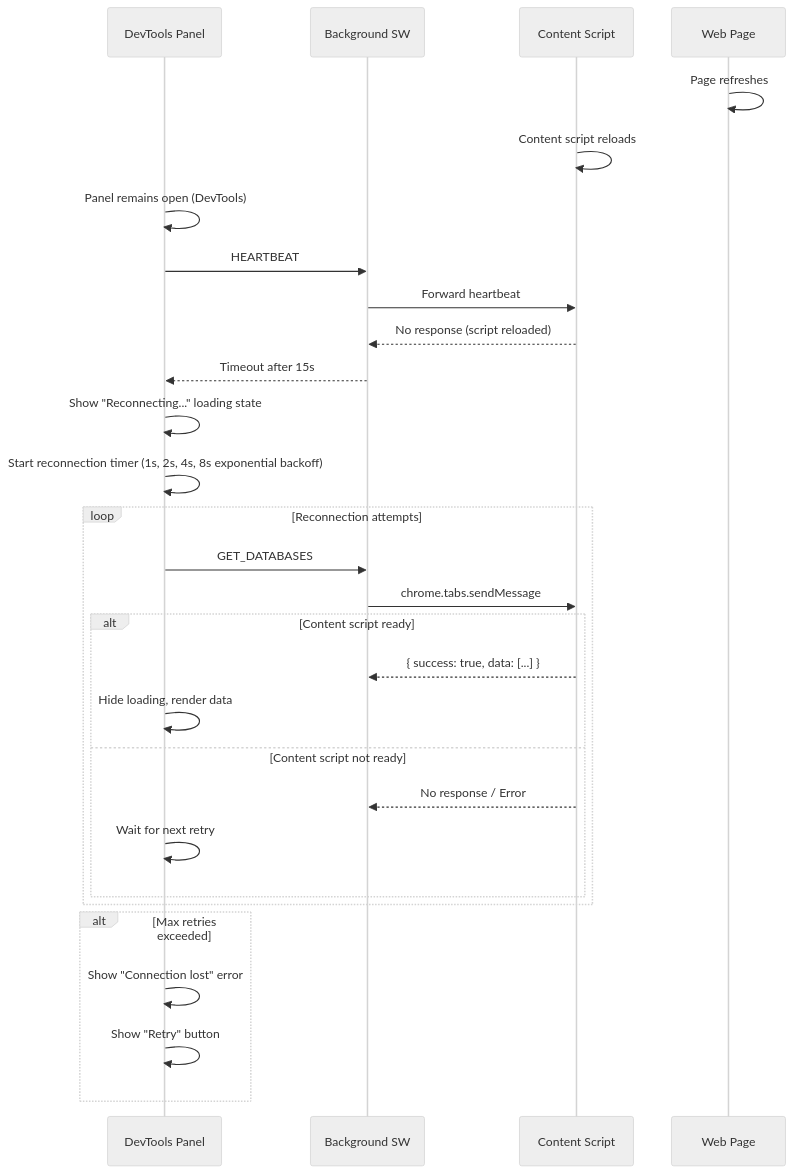
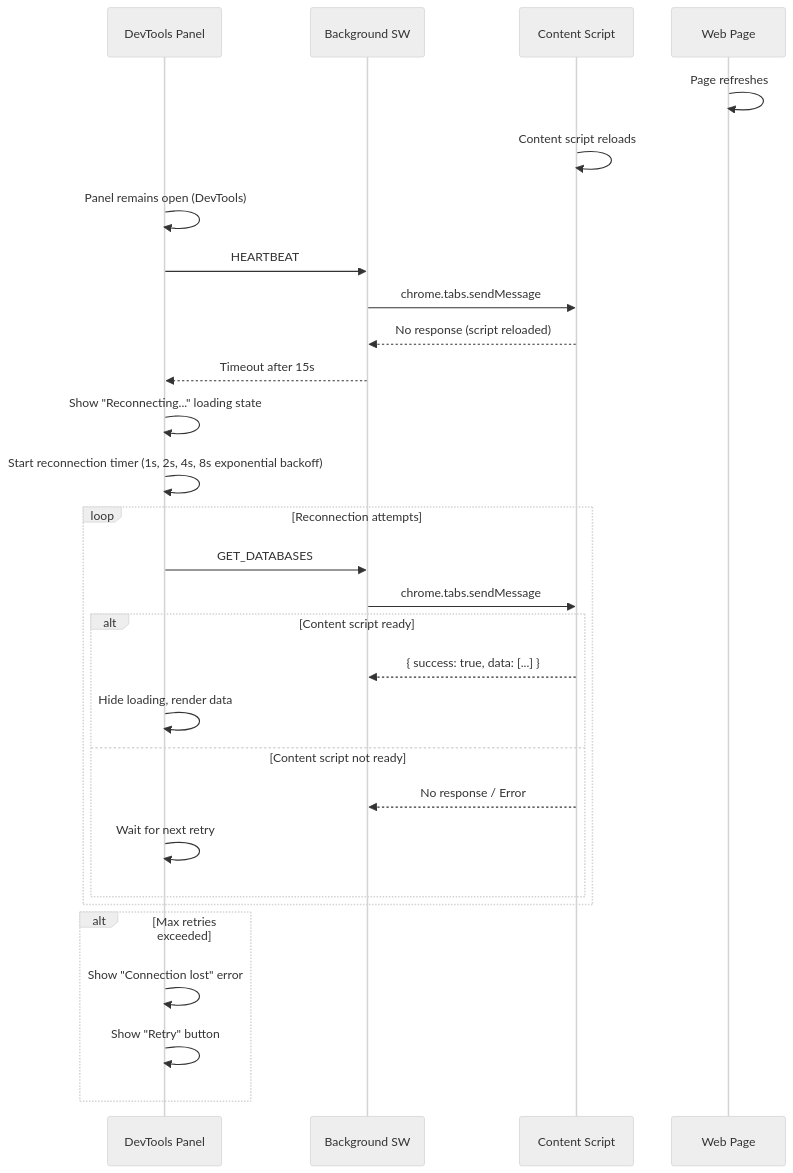
Before and after one commit to wuchuheng/web-sqlite-js-devtools: the seventh of 14 diagrams in agent-docs/03-architecture/02-dataflow.md, drawn with Mermaid (neutral theme). The commit also changed other lines of this file and 18 other files, not shown here.

````diff
--- a/agent-docs/03-architecture/02-dataflow.md
+++ b/agent-docs/03-architecture/02-dataflow.md
@@ -202,36 +232,36 @@
 ```mermaid
 sequenceDiagram
     participant Panel as DevTools Panel
     participant BG as Background SW
     participant CS as Content Script
     participant Page as Web Page
 
     Page->>Page: Page refreshes
     CS->>CS: Content script reloads
     Panel->>Panel: Panel remains open (DevTools)
 
     Panel->>BG: HEARTBEAT
-    BG->>CS: Forward heartbeat
+    BG->>CS: chrome.tabs.sendMessage
     CS-->>BG: No response (script reloaded)
     BG-->>Panel: Timeout after 15s
 
     Panel->>Panel: Show "Reconnecting..." loading state
     Panel->>Panel: Start reconnection timer (1s, 2s, 4s, 8s exponential backoff)
 
     loop Reconnection attempts
         Panel->>BG: GET_DATABASES
         BG->>CS: chrome.tabs.sendMessage
         alt Content script ready
             CS-->>BG: { success: true, data: [...] }
             Panel->>Panel: Hide loading, render data
         else Content script not ready
             CS-->>BG: No response / Error
             Panel->>Panel: Wait for next retry
         end
     end
 
     alt Max retries exceeded
         Panel->>Panel: Show "Connection lost" error
         Panel->>Panel: Show "Retry" button
     end
 ```
````
